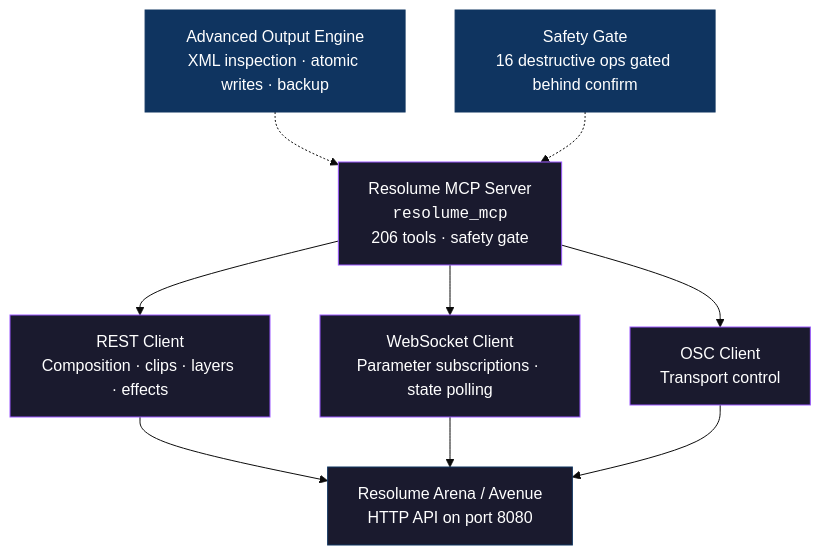
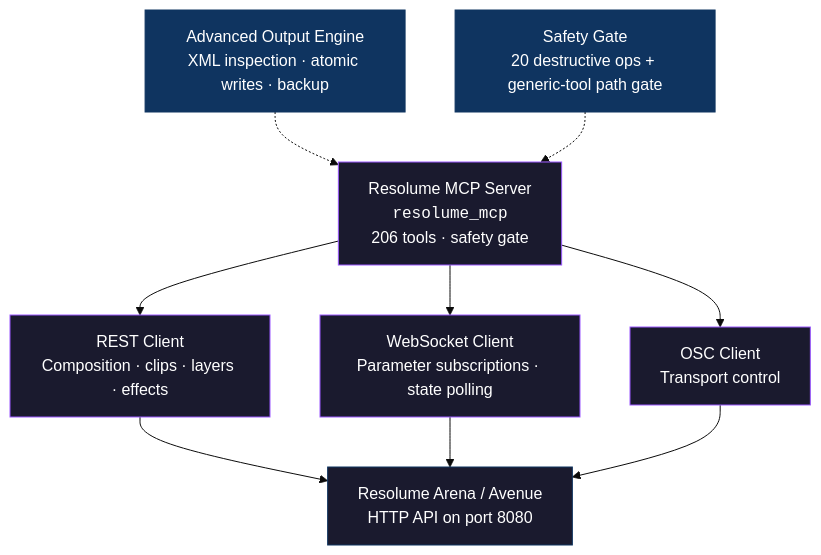
One commit to drohi-r/resolume-mcp changed the diagram in README.md. Above: the diagram before and after it, drawn with Mermaid (base theme). The commit also changed other lines of this file and 5 other files, not shown here.

First line of the commit message:
Add safety gates for show-replacing and generic destructive calls

````diff
--- a/README.md
+++ b/README.md
@@ -62,21 +62,21 @@
 ```mermaid
 graph TD
     A["Resolume MCP Server<br/><code>resolume_mcp</code><br/>206 tools · safety gate"] --> B
     A --> C
     A --> D
     B["REST Client<br/>Composition · clips · layers · effects"] --> E
     C["WebSocket Client<br/>Parameter subscriptions · state polling"] --> E
     D["OSC Client<br/>Transport control"] --> E
     E["Resolume Arena / Avenue<br/>HTTP API on port 8080"]
 
     F["Advanced Output Engine<br/>XML inspection · atomic writes · backup"] -.-> A
-    G["Safety Gate<br/>16 destructive ops gated behind confirm"] -.-> A
+    G["Safety Gate<br/>20 destructive ops + generic-tool path gate"] -.-> A
 
     style A fill:#1a1a2e,stroke:#9B59FF,color:#fff
     style B fill:#1a1a2e,stroke:#9B59FF,color:#fff
     style C fill:#1a1a2e,stroke:#9B59FF,color:#fff
     style D fill:#1a1a2e,stroke:#9B59FF,color:#fff
     style E fill:#1a1a2e,stroke:#0f3460,color:#fff
     style F fill:#0f3460,stroke:#0f3460,color:#fff
     style G fill:#0f3460,stroke:#0f3460,color:#fff
 ```
````
